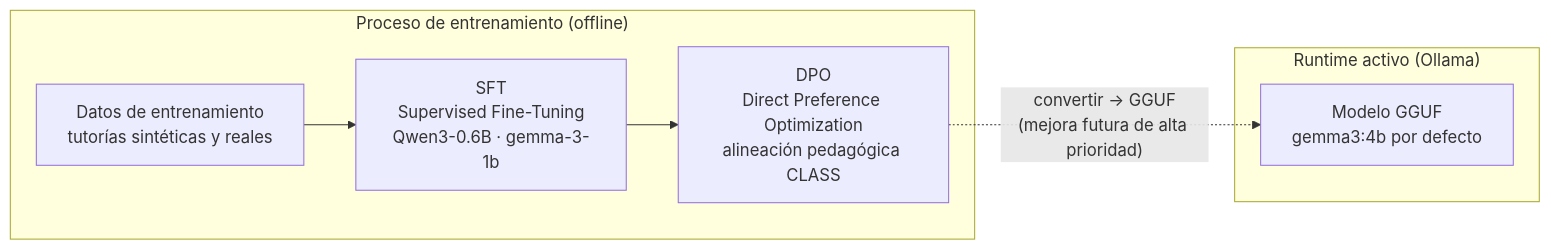
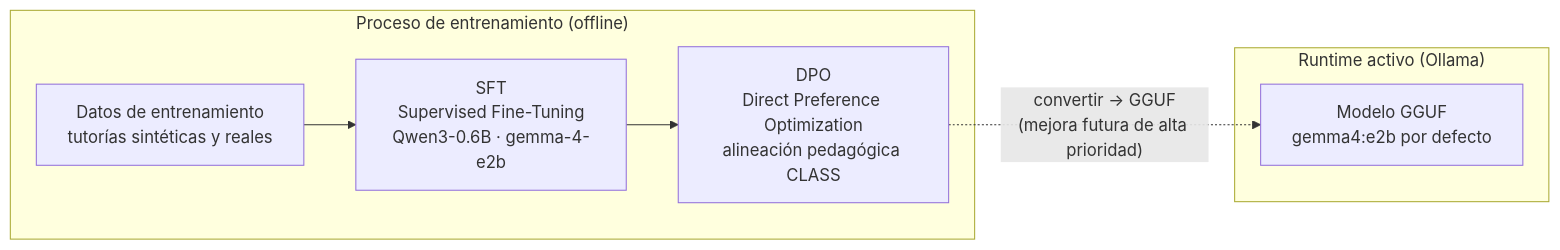
One commit to davidalejandro04/MiCuadernoApp changed diagram 20 of 25 in README.md. Above: the diagram before and after it, drawn with Mermaid. The commit also changed other lines of this file and 2 other files, not shown here.

First line of the commit message:
Upgrade default model to gemma4:e2b

````diff
--- a/README.md
+++ b/README.md
@@ -571,15 +572,15 @@
 ```mermaid
 graph LR
     subgraph Training["Proceso de entrenamiento (offline)"]
         DATA2["Datos de entrenamiento\ntutorías sintéticas y reales"]
-        SFT["SFT\nSupervised Fine-Tuning\nQwen3-0.6B · gemma-3-1b"]
+        SFT["SFT\nSupervised Fine-Tuning\nQwen3-0.6B · gemma-4-e2b"]
         DPO["DPO\nDirect Preference Optimization\nalineación pedagógica CLASS"]
         DATA2 --> SFT --> DPO
     end
 
     subgraph Runtime["Runtime activo (Ollama)"]
-        GGUF["Modelo GGUF\ngemma3:4b por defecto"]
+        GGUF["Modelo GGUF\ngemma4:e2b por defecto"]
     end
 
     DPO -.->|"convertir → GGUF\n(mejora futura de alta prioridad)"| GGUF
 ```
````
